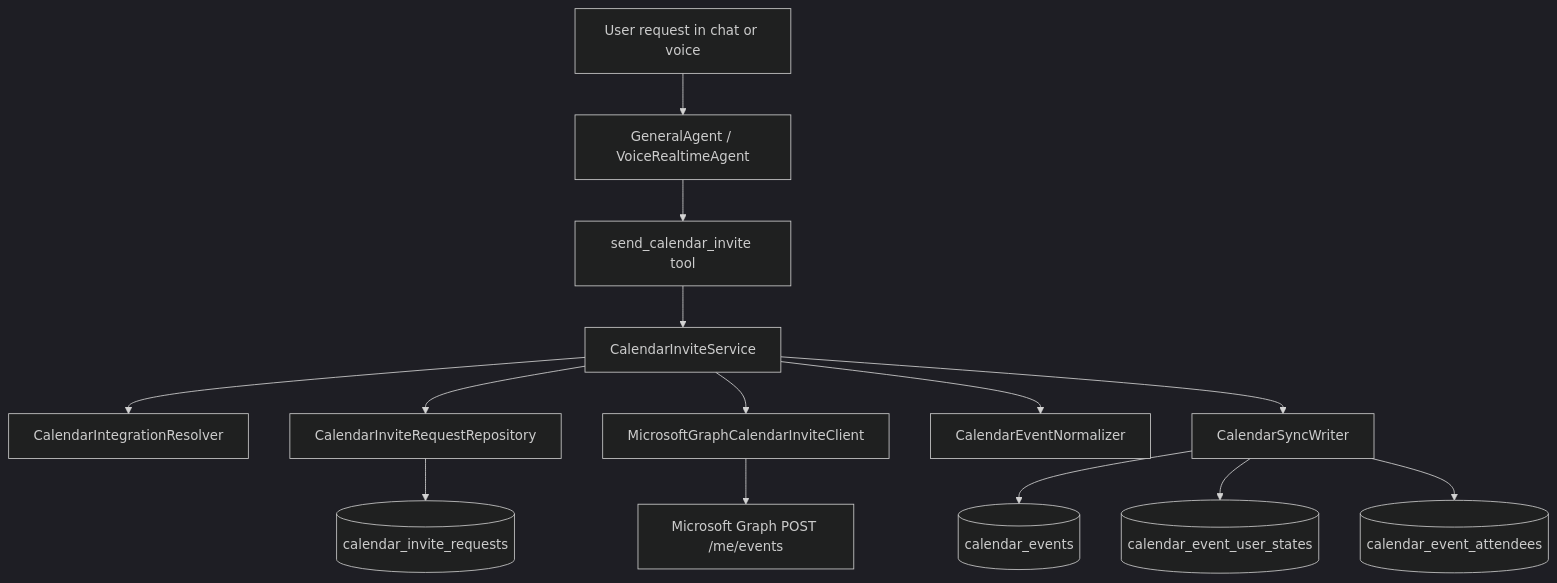
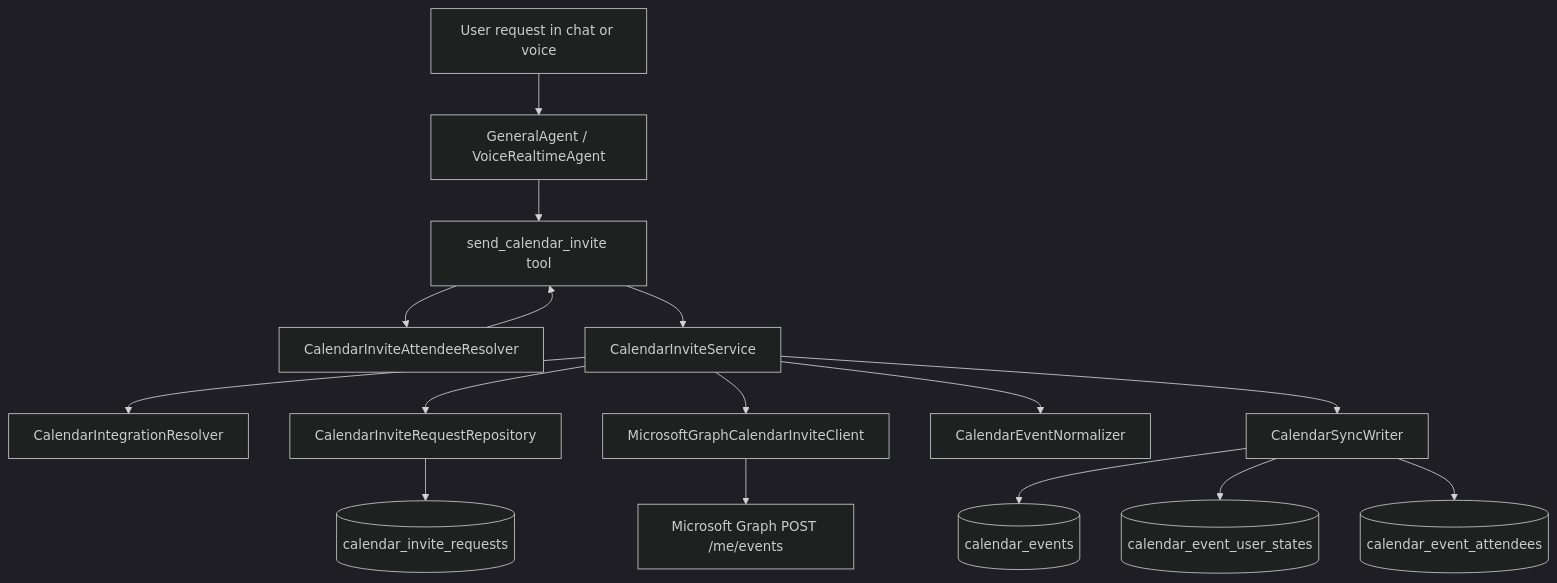
The diagram in docs/superpowers/specs/2026-05-11-teams-calendar-invites-design.md (CopilotGTM/copilot-backend), drawn with Mermaid (dark theme) before and after one commit. The commit also changed other lines of this file and 5 other files, not shown here.

Commit message:
feat: confirm resolved calendar invite attendees

````diff
--- a/docs/superpowers/specs/2026-05-11-teams-calendar-invites-design.md
+++ b/docs/superpowers/specs/2026-05-11-teams-calendar-invites-design.md
@@ -59,16 +61,18 @@
 ```mermaid
 flowchart TD
     User[User request in chat or voice] --> Agent[GeneralAgent / VoiceRealtimeAgent]
     Agent --> Tool[send_calendar_invite tool]
+    Tool --> AttendeeResolver[CalendarInviteAttendeeResolver]
+    AttendeeResolver --> Tool
     Tool --> Service[CalendarInviteService]
     Service --> Resolver[CalendarIntegrationResolver]
     Service --> Store[CalendarInviteRequestRepository]
     Service --> Client[MicrosoftGraphCalendarInviteClient]
     Client --> Graph[Microsoft Graph POST /me/events]
     Service --> Normalizer[CalendarEventNormalizer]
     Service --> Writer[CalendarSyncWriter]
     Writer --> Events[(calendar_events)]
     Writer --> States[(calendar_event_user_states)]
     Writer --> Attendees[(calendar_event_attendees)]
     Store --> Requests[(calendar_invite_requests)]
 ```
````
